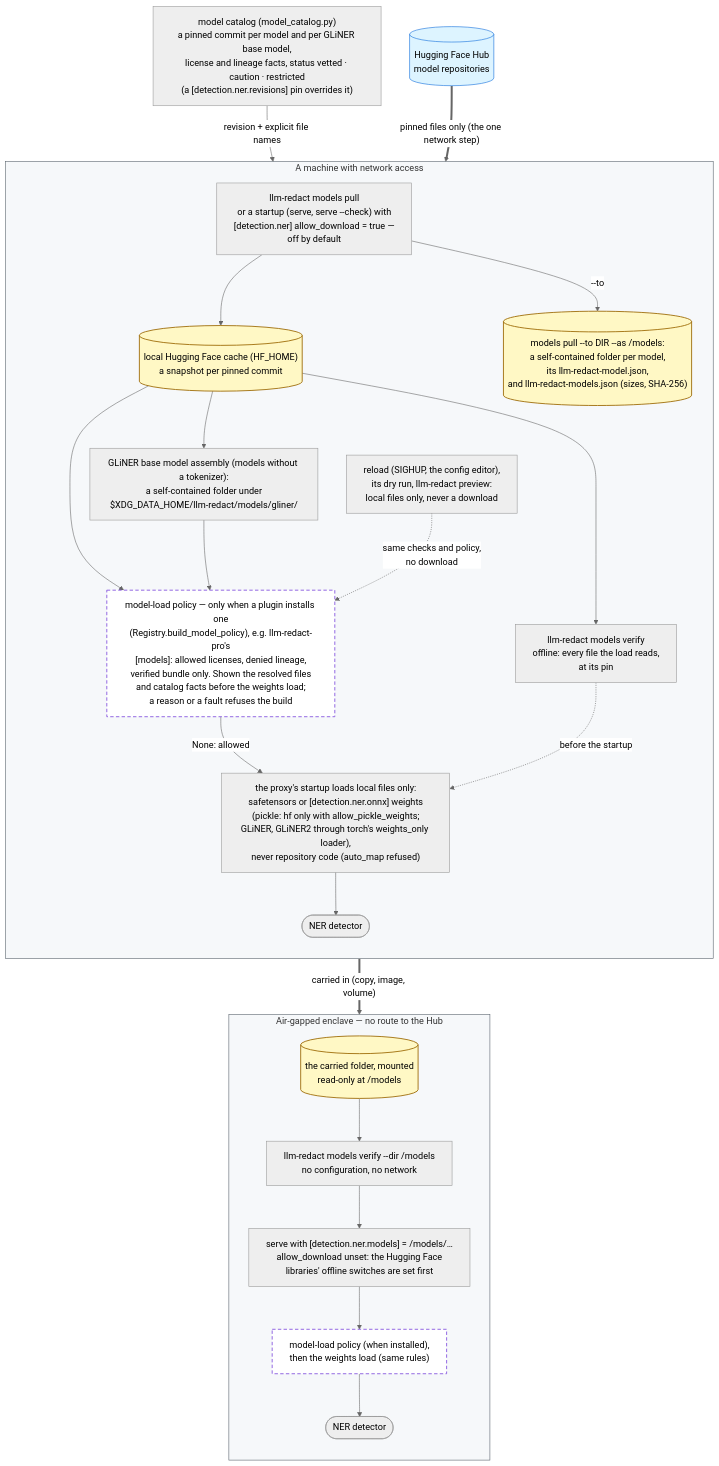
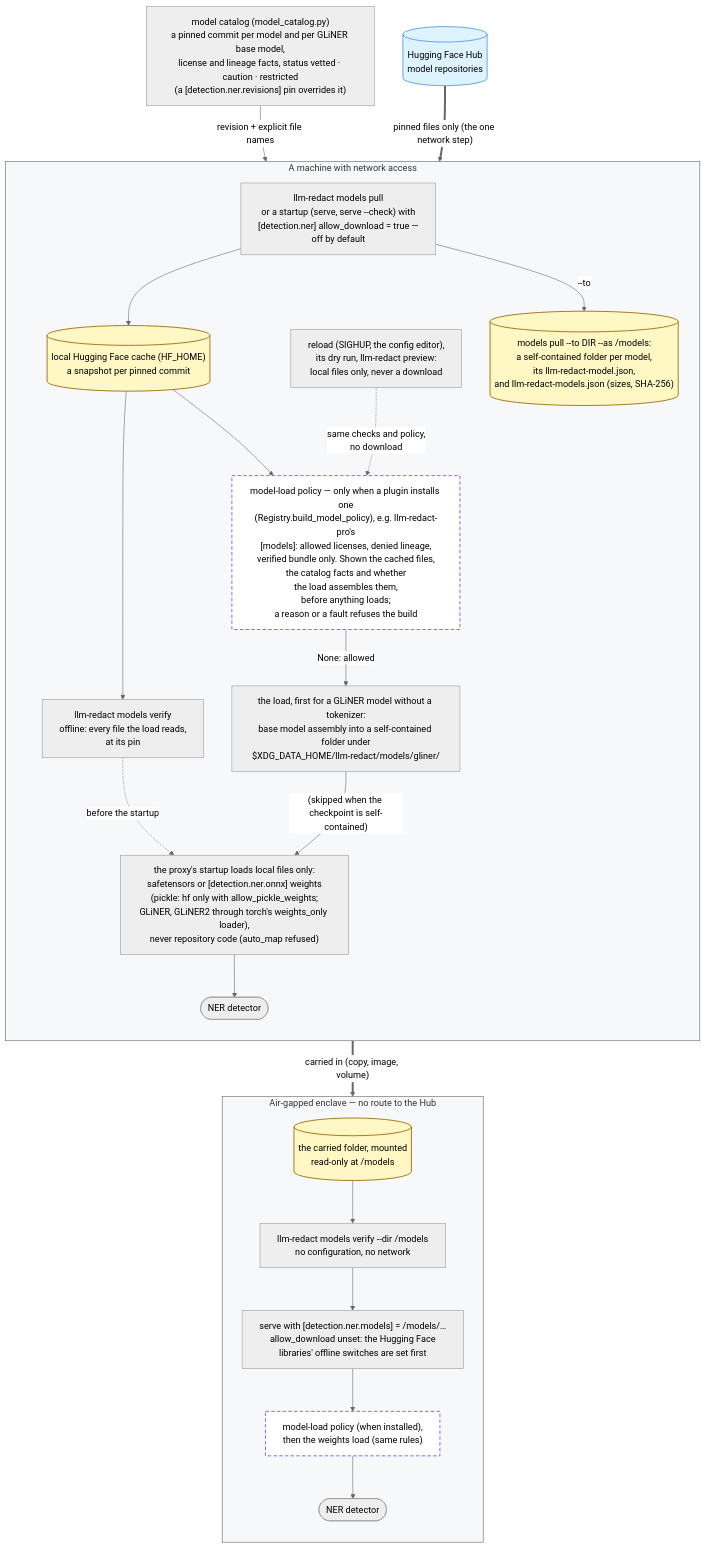
Before and after one commit to asanderson/llm-redact: the diagram in docs/diagrams/model-supply-chain.mmd, drawn with Mermaid (neutral theme). The commit also changed 3 other files, not shown here.

First line of the commit message:
Fix: draw GLiNER base-model assembly after the model-load policy

```diff
--- a/docs/diagrams/model-supply-chain.mmd
+++ b/docs/diagrams/model-supply-chain.mmd
@@ -1,66 +1,65 @@
 %% Where the weights of an NER model (backends gliner, gliner2, hf) come from
 %% and how they reach the detector: the model catalog's pins, the one step
 %% that may download (`llm-redact models pull`, or a startup with
 %% [detection.ner] allow_download = true), the local Hugging Face cache, the
 %% offline checks, the model-load policy a plugin may install (asked once the
-%% files are resolved, before the weights load; none in the Free core) and the
-%% load. Beside it the air-gap path: portable folders written on a connected
+%% files are resolved in the cache, before the load; none in the Free core) and
+%% the load, which assembles a GLiNER base model first when it must. Beside it the air-gap path: portable folders written on a connected
 %% machine, carried in and verified inside the enclave.
 %% Code: detection/model_catalog.py, model_files.py, model_sources.py,
 %% model_manifest.py; models_cli.py; engine.check_model_policy,
 %% Registry.build_model_policy. Prose: docs/detection.md "Model sources" and
 %% "Model-load policies (plugins)".
 %% Render: scripts/render_diagrams.sh (PNG committed next to this source).
 %%{init: {"flowchart": {"wrappingWidth": 340}}}%%
 flowchart TB
     hub[("Hugging Face Hub<br/>model repositories")]
     catalog["model catalog (model_catalog.py)<br/>a pinned commit per model and per GLiNER base model,<br/>license and lineage facts, status vetted · caution · restricted<br/>(a [detection.ner.revisions] pin overrides it)"]
 
     subgraph connected["A machine with network access"]
         direction TB
         pull["llm-redact models pull<br/>or a startup (serve, serve --check) with<br/>[detection.ner] allow_download = true —<br/>off by default"]
         cache[("local Hugging Face cache (HF_HOME)<br/>a snapshot per pinned commit")]
-        assemble["GLiNER base model assembly (models without a tokenizer):<br/>a self-contained folder under<br/>$XDG_DATA_HOME/llm-redact/models/gliner/"]
+        assemble["the load, first for a GLiNER model without a tokenizer:<br/>base model assembly into a self-contained folder under<br/>$XDG_DATA_HOME/llm-redact/models/gliner/"]
         verify["llm-redact models verify<br/>offline: every file the load reads,<br/>at its pin"]
         load["the proxy's startup loads local files only:<br/>safetensors or [detection.ner.onnx] weights<br/>(pickle: hf only with allow_pickle_weights;<br/>GLiNER, GLiNER2 through torch's weights_only loader),<br/>never repository code (auto_map refused)"]
-        policy["model-load policy — only when a plugin installs one<br/>(Registry.build_model_policy), e.g. llm-redact-pro's<br/>[models]: allowed licenses, denied lineage,<br/>verified bundle only. Shown the resolved files<br/>and catalog facts before the weights load;<br/>a reason or a fault refuses the build"]
+        policy["model-load policy — only when a plugin installs one<br/>(Registry.build_model_policy), e.g. llm-redact-pro's<br/>[models]: allowed licenses, denied lineage,<br/>verified bundle only. Shown the cached files,<br/>the catalog facts and whether<br/>the load assembles them,<br/>before anything loads;<br/>a reason or a fault refuses the build"]
         reload["reload (SIGHUP, the config editor),<br/>its dry run, llm-redact preview:<br/>local files only, never a download"]
         detector(["NER detector"])
         portable[("models pull --to DIR --as /models:<br/>a self-contained folder per model,<br/>its llm-redact-model.json,<br/>and llm-redact-models.json (sizes, SHA-256)")]
     end
 
     subgraph enclave["Air-gapped enclave — no route to the Hub"]
         direction TB
         carried[("the carried folder, mounted<br/>read-only at /models")]
         verifydir["llm-redact models verify --dir /models<br/>no configuration, no network"]
         loadE["serve with [detection.ner.models] = /models/…<br/>allow_download unset: the Hugging Face<br/>libraries' offline switches are set first"]
         policyE["model-load policy (when installed),<br/>then the weights load (same rules)"]
         detectorE(["NER detector"])
     end
 
     catalog -- "revision + explicit file names" --> pull
     hub == "pinned files only (the one network step)" ==> pull
     pull --> cache
-    cache --> assemble
     cache --> verify
     cache --> policy
-    assemble --> policy
-    policy -- "None: allowed" --> load
+    policy -- "None: allowed" --> assemble
+    assemble -- "(skipped when the checkpoint is self-contained)" --> load
     verify -. "before the startup" .-> load
     reload -. "same checks and policy,<br/>no download" .-> policy
     load --> detector
     pull -- "--to" --> portable
     portable == "carried in (copy, image, volume)" ==> carried
     carried --> verifydir
     verifydir --> loadE
     loadE --> policyE
     policyE --> detectorE
 
     classDef boundary fill:#f6f8fa,stroke:#57606a,stroke-width:1px;
     classDef store fill:#fff8c5,stroke:#9a6700,stroke-width:1.5px;
     classDef upstream fill:#ddf4ff,stroke:#0969da,stroke-width:1px;
     classDef seam fill:#ffffff,stroke:#8250df,stroke-width:1.5px,stroke-dasharray:6 4;
     class connected,enclave boundary;
     class policy,policyE seam;
     class cache,portable,carried store;
     class hub upstream;
```
